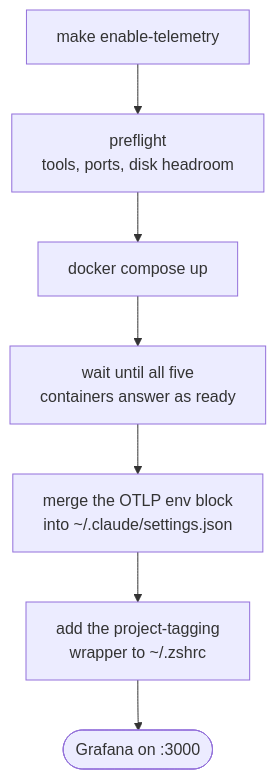
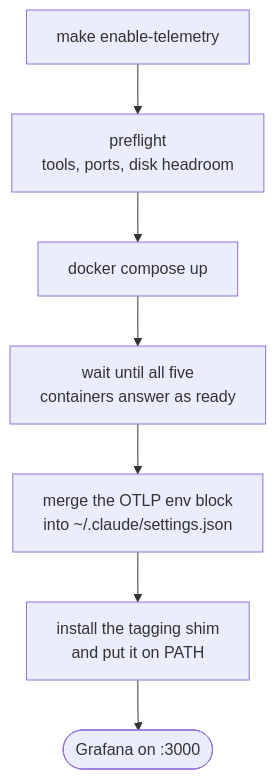
The diagram in docs/usage/telemetry.md (cypiswhywhy/docschemy), drawn with Mermaid before and after one commit. The commit also changed other lines of this file and 11 other files, not shown here.

First line of the commit message:
Tag projects with a PATH shim instead of a zsh function

````diff
--- a/docs/usage/telemetry.md
+++ b/docs/usage/telemetry.md
@@ -25,9 +25,9 @@
 ```mermaid
 flowchart TD
     A["make enable-telemetry"] --> B["preflight<br/>tools, ports, disk headroom"]
     B --> C["docker compose up"]
     C --> D["wait until all five<br/>containers answer as ready"]
     D --> E["merge the OTLP env block<br/>into ~/.claude/settings.json"]
-    E --> F["add the project-tagging<br/>wrapper to ~/.zshrc"]
+    E --> F["install the tagging shim<br/>and put it on PATH"]
     F --> G(["Grafana on :3000"])
 ```
````
